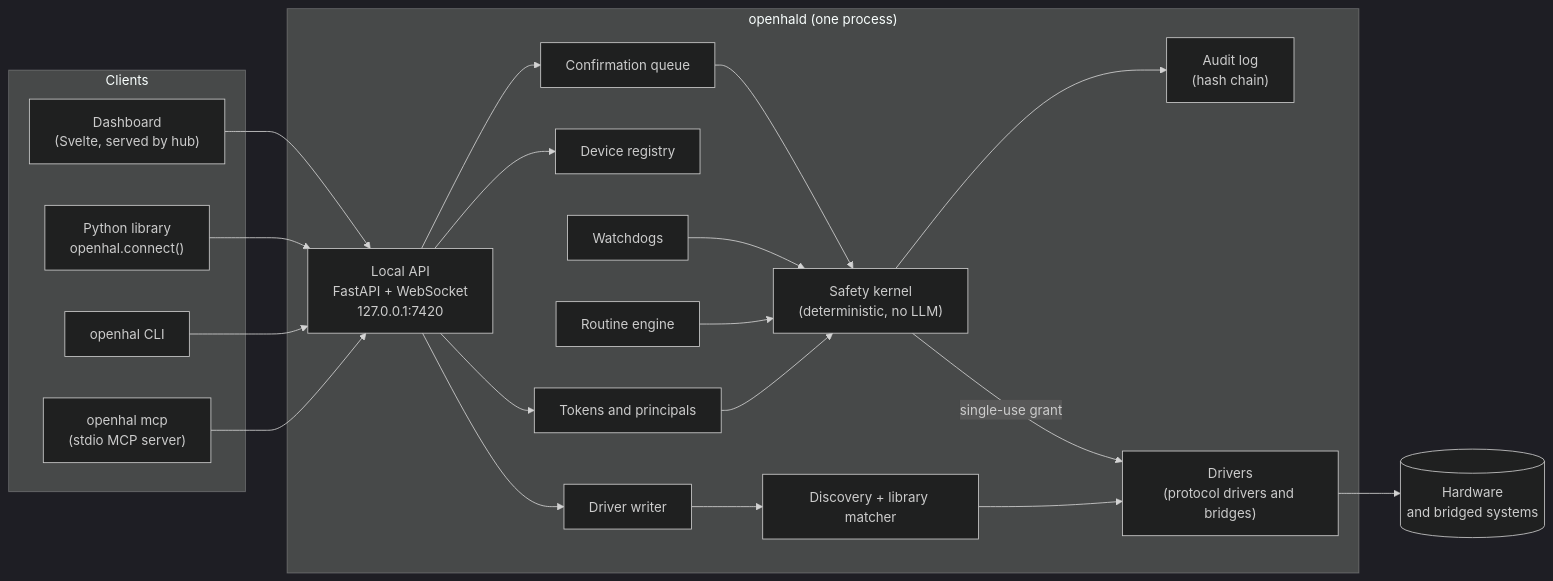
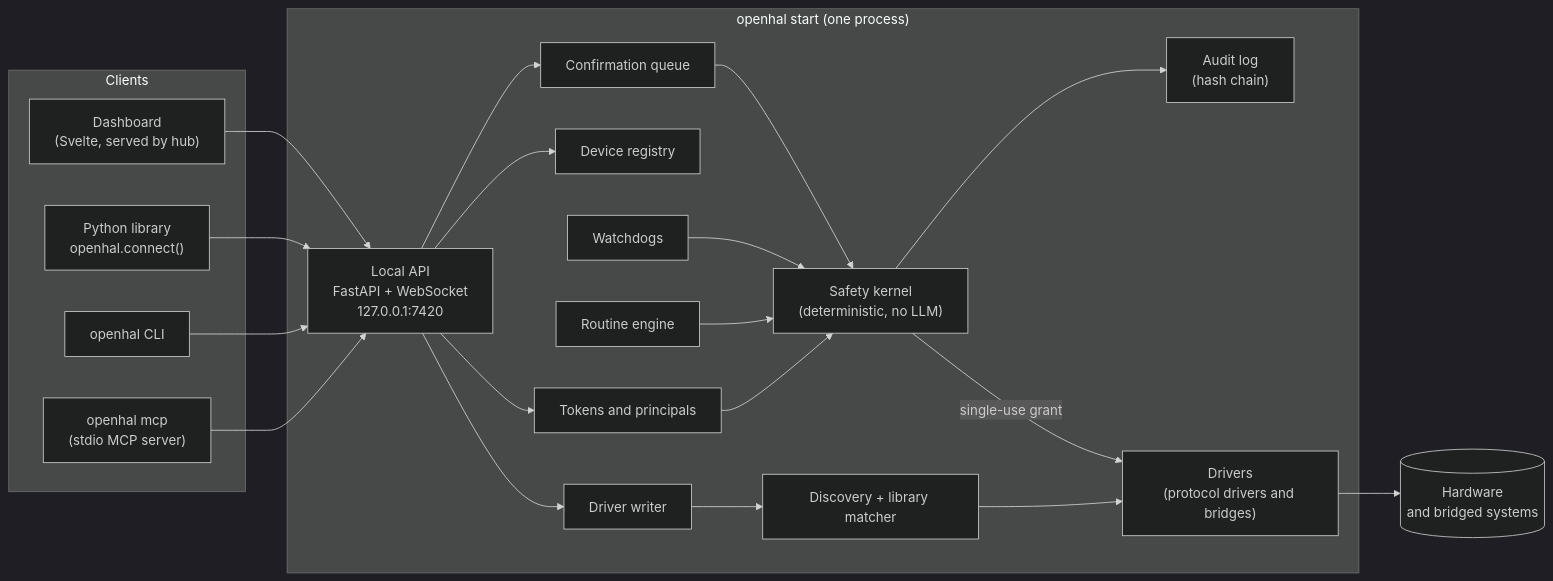
Before and after one commit to sohan-bhat/OpenHAL: the first of 7 diagrams in docs/ARCHITECTURE.md, drawn with Mermaid (dark theme). The commit also changed 20 other files, not shown here.

First line of the commit message:
docs: every page, script and diagram tells a person to start OpenHAL with openhal start

````diff
--- a/docs/ARCHITECTURE.md
+++ b/docs/ARCHITECTURE.md
@@ -9,42 +9,42 @@
 ```mermaid
 flowchart LR
   subgraph Clients
     MCP["openhal mcp<br/>(stdio MCP server)"]
     CLI["openhal CLI"]
     LIB["Python library<br/>openhal.connect()"]
     DASH["Dashboard<br/>(Svelte, served by hub)"]
   end
 
-  subgraph Hub["openhald (one process)"]
+  subgraph Hub["openhal start (one process)"]
     API["Local API<br/>FastAPI + WebSocket<br/>127.0.0.1:7420"]
     AUTH["Tokens and principals"]
     REG["Device registry"]
     KERNEL["Safety kernel<br/>(deterministic, no LLM)"]
     RT["Routine engine"]
     WD["Watchdogs"]
     CQ["Confirmation queue"]
     AUDIT["Audit log<br/>(hash chain)"]
     DISC["Discovery + library matcher"]
     WRITER["Driver writer"]
     DRV["Drivers<br/>(protocol drivers and bridges)"]
   end
 
   HW[("Hardware<br/>and bridged systems")]
 
   MCP --> API
   CLI --> API
   LIB --> API
   DASH --> API
   API --> AUTH --> KERNEL
   API --> REG
   API --> CQ
   API --> WRITER
   RT --> KERNEL
   WD --> KERNEL
   WRITER --> DISC
   DISC --> DRV
   KERNEL -->|single-use grant| DRV
   KERNEL --> AUDIT
   CQ --> KERNEL
   DRV --> HW
 ```
````
